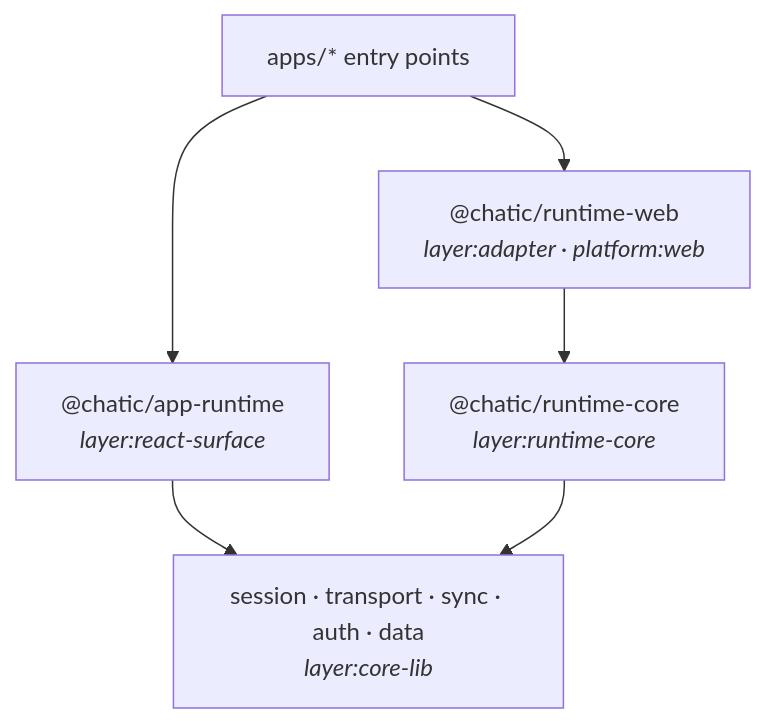
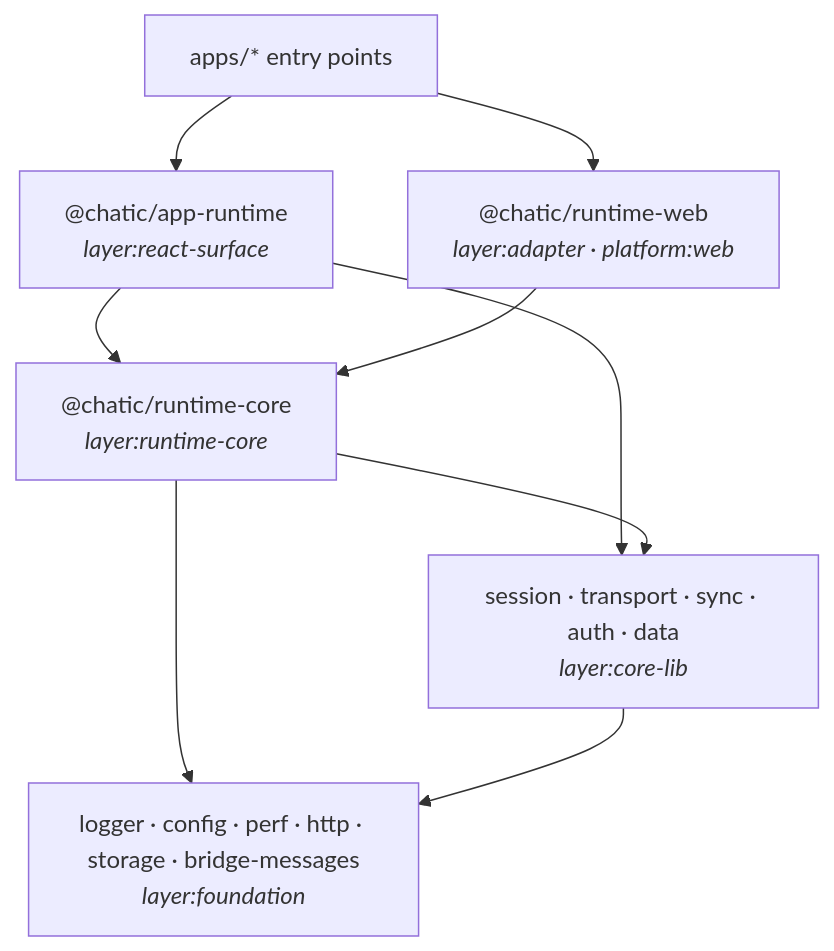
One commit to lemoncloud-io/dou-app changed the diagram in libs/runtime-core/README.md. Above: the diagram before and after it, drawn with Mermaid. The commit also changed other lines of this file and 102 other files, not shown here.

````diff
--- a/libs/runtime-core/README.md
+++ b/libs/runtime-core/README.md
@@ -47,14 +62,18 @@
 ```mermaid
 flowchart TD
     Apps["apps/* entry points"]
     Surface["@chatic/app-runtime<br/><i>layer:react-surface</i>"]
     Web["@chatic/runtime-web<br/><i>layer:adapter · platform:web</i>"]
     Core["@chatic/runtime-core<br/><i>layer:runtime-core</i>"]
     Libs["session · transport · sync · auth · data<br/><i>layer:core-lib</i>"]
+    Found["logger · config · perf · http · storage · bridge-messages<br/><i>layer:foundation</i>"]
 
     Apps --> Surface
     Apps --> Web
+    Surface --> Core
     Surface --> Libs
     Web --> Core
     Core --> Libs
+    Core --> Found
+    Libs --> Found
 ```
````
